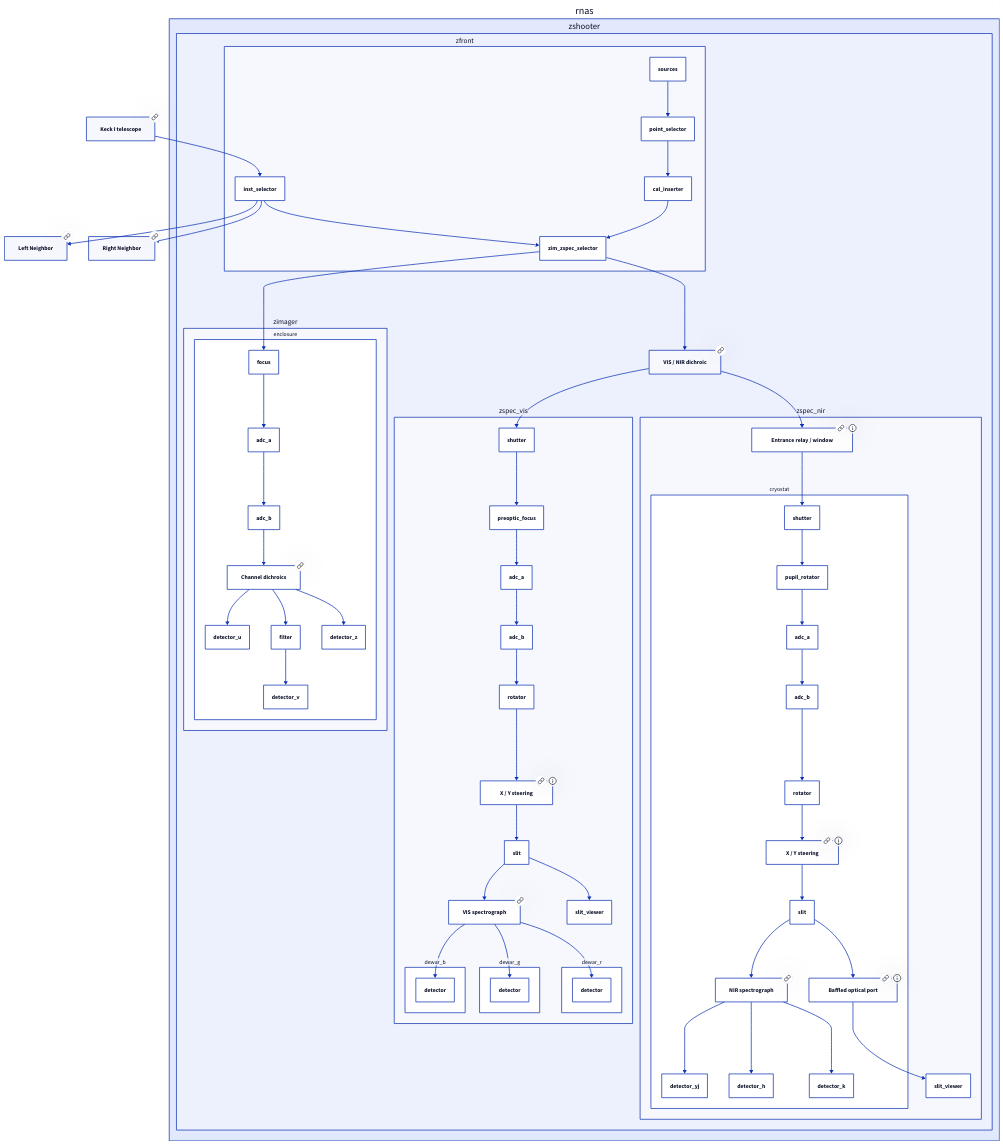
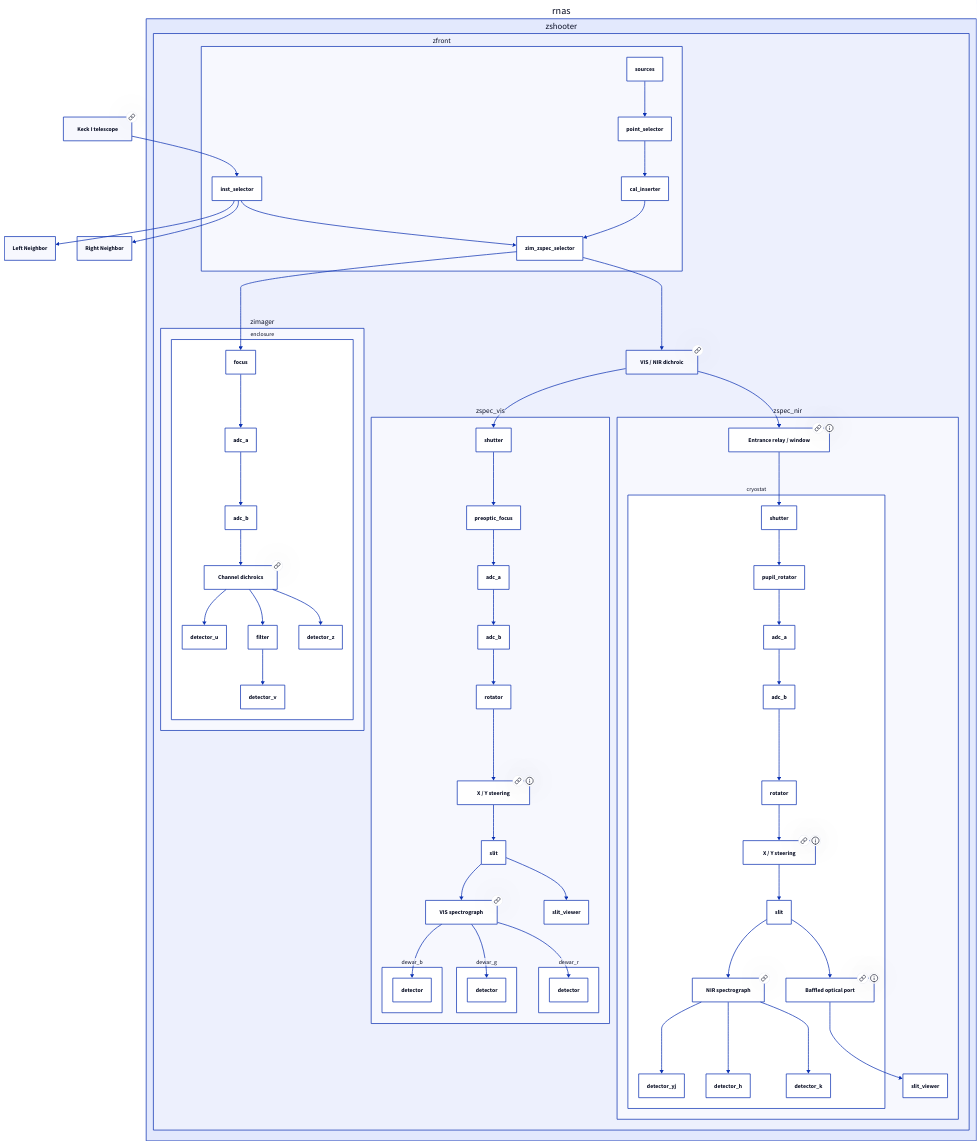
Before and after one commit to baileyji/zshooter_d2: the diagram in model/optical_paths.d2, drawn with D2. The commit also changed 49 other files, not shown here.

Commit message:
Complete power coverage and refine linked diagram views

```diff
--- a/model/optical_paths.d2
+++ b/model/optical_paths.d2
@@ -1,52 +1,52 @@
 telescope: {label: "Keck I telescope"; class: device; link: "../../optical_design.html"}
-left_neighbor: {label: "Left Neighbor"; class: device; link: "../../controls/operations/zfront-zcal.html"}
-right_neighbor: {label: "Right Neighbor"; class: device; link: "../../controls/operations/zfront-zcal.html"}
+left_neighbor: {label: "Left Neighbor"; class: device}
+right_neighbor: {label: "Right Neighbor"; class: device}
 telescope -> rnas.zshooter.zfront.inst_selector: {class: optical}
 rnas.zshooter.zfront.inst_selector -> left_neighbor: {class: optical}
 rnas.zshooter.zfront.inst_selector -> right_neighbor: {class: optical}
 rnas.zshooter: {
   zfront: {
     inst_selector -> zim_zspec_selector: {class: optical}
     sources -> point_selector: {class: optical}
     point_selector -> cal_inserter: {class: optical}
     cal_inserter -> zim_zspec_selector: {class: optical}
   }
   zfront.zim_zspec_selector -> zimager.enclosure.focus: {class: optical}
   zimager.enclosure: {
     dichroics: {label: "Channel dichroics"; class: device; link: "../../zimager_optical.html"}
     focus -> adc_a -> adc_b -> dichroics: {class: optical}
     dichroics -> detector_u: {class: optical}
     dichroics -> filter -> detector_v: {class: optical}
     dichroics -> detector_z: {class: optical}
   }
   splitter: {label: "VIS / NIR dichroic"; class: device; link: "../../zspec_optical.html"}
   zfront.zim_zspec_selector -> splitter: {class: optical}
   splitter -> zspec_vis.shutter: {class: optical}
   zspec_vis: {
     steering_relay: {label: "X / Y steering"; class: device; link: "../../zspec_optical.html#pre-optics-and-slit-planes"; tooltip: "The final relay doublet translates in X and Y for nodding and fine guiding."}
     spectrograph: {label: "VIS spectrograph"; class: device; link: "../../zspec_optical.html"}
     shutter -> preoptic_focus -> adc_a -> adc_b -> rotator -> steering_relay -> slit: {class: optical}
     slit -> spectrograph: {class: optical}
     spectrograph -> dewar_b.detector: {class: optical}
     spectrograph -> dewar_g.detector: {class: optical}
     spectrograph -> dewar_r.detector: {class: optical}
     slit -> slit_viewer: {class: optical}
   }
   splitter -> zspec_nir.entrance_relay: {class: optical}
   zspec_nir: {
     entrance_relay: {label: "Entrance relay / window"; class: device; link: "../../zspec_optical.html#pre-optics-and-slit-planes"; tooltip: "The final element of the first NIR relay doublet is the vacuum window."}
     entrance_relay -> cryostat.shutter: {class: optical}
     cryostat: {
       steering_relay: {label: "X / Y steering"; class: device; link: "../../zspec_optical.html#pre-optics-and-slit-planes"; tooltip: "The final relay doublet translates in X and Y for nodding and fine guiding."}
       spectrograph: {label: "NIR spectrograph"; class: device; link: "../../zspec_optical.html"}
       slit_port: {label: "Baffled optical port"; class: device; link: "../../controls/harnesses/zspec-nir.html#slit-viewer-connections"; tooltip: "A cold shortpass filter and baffle exclude warm infrared background."}
       shutter -> pupil_rotator -> adc_a -> adc_b -> rotator -> steering_relay -> slit: {class: optical}
       slit -> spectrograph: {class: optical}
       spectrograph -> detector_yj: {class: optical}
       spectrograph -> detector_h: {class: optical}
       spectrograph -> detector_k: {class: optical}
       slit -> slit_port: {class: optical}
     }
     cryostat.slit_port -> slit_viewer: {class: optical}
   }
 }
```
